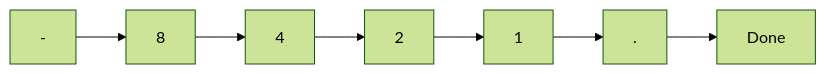
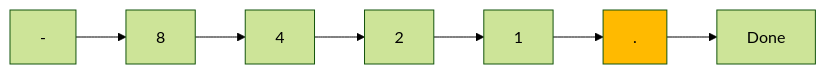
One commit to Lucas-Ferro/arithmetic_nested_calculations changed the fourth of 4 diagrams in README.md. Above: the diagram before and after it, drawn with Mermaid (forest theme). The commit also changed other lines of this file, not shown here.

````diff
--- a/README.md
+++ b/README.md
@@ -75,10 +75,10 @@
 	``` mermaid
 	flowchart LR 
 	- --> 8  
 	8 --> 4  
 	4 --> 2
 	2 --> 1
 	1 --> .
 	. --> Done
-	style . fill:darkyellow;
+	style . fill:#ffba00;
 	```
````
